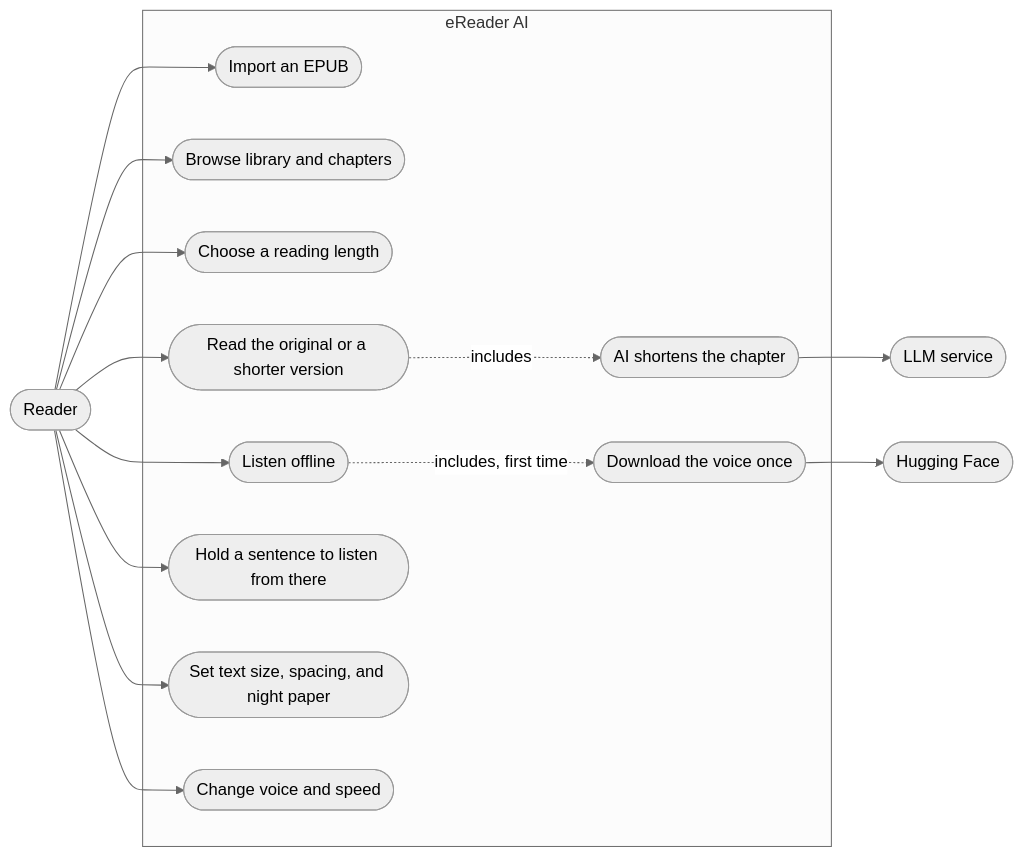
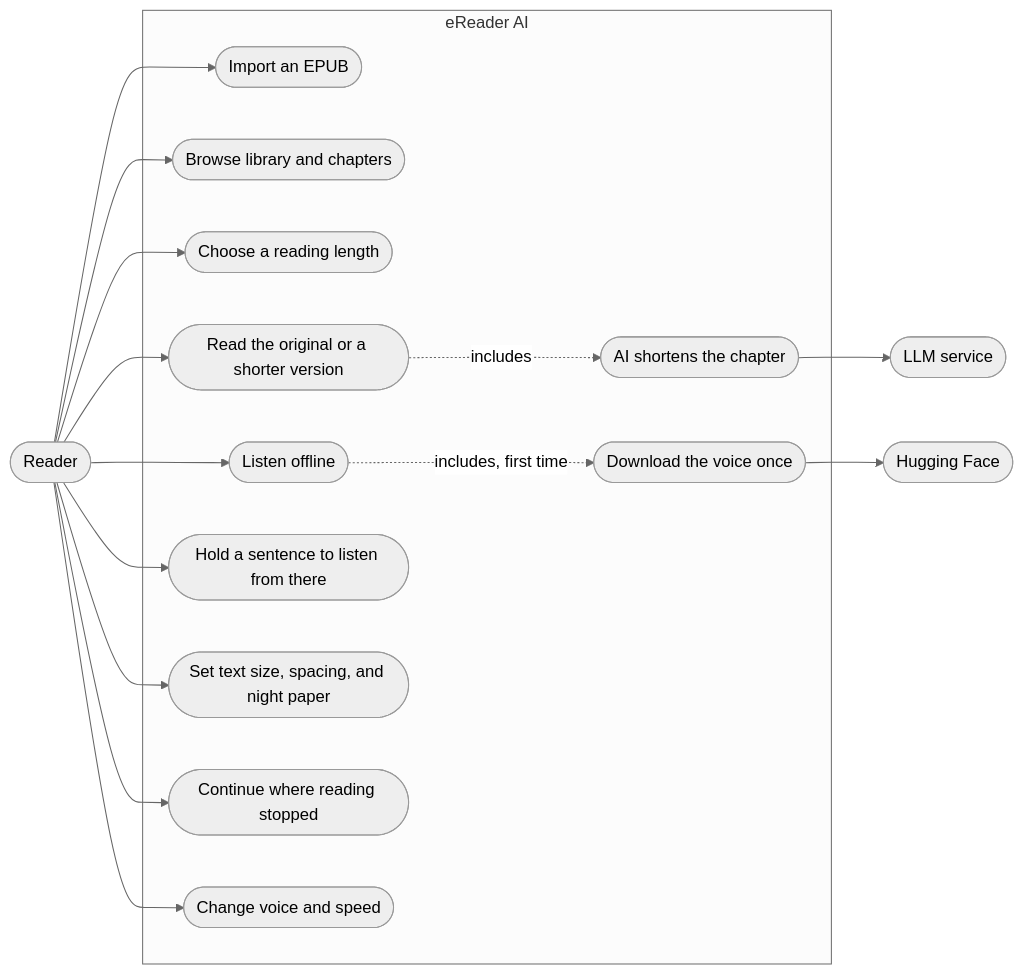
Before and after one commit to tinwritescode/ereader-ai: the first of 2 diagrams in README.md, drawn with Mermaid (neutral theme). The commit also changed other lines of this file and 17 other files, not shown here.

First line of the commit message:
Ask readers whether to continue where they stopped

````diff
--- a/README.md
+++ b/README.md
@@ -15,33 +15,35 @@
 ```mermaid
 flowchart LR
     reader(["Reader"])
     llm(["LLM service"])
     hf(["Hugging Face"])
 
     subgraph app["eReader AI"]
         import(["Import an EPUB"])
         browse(["Browse library and chapters"])
         length(["Choose a reading length"])
         read(["Read the original or a shorter version"])
         shorten(["AI shortens the chapter"])
         listen(["Listen offline"])
         pick(["Hold a sentence to listen from there"])
         look(["Set text size, spacing, and night paper"])
+        resume(["Continue where reading stopped"])
         download(["Download the voice once"])
         tune(["Change voice and speed"])
     end
 
     reader --> import
     reader --> browse
     reader --> length
     reader --> read
     reader --> listen
     reader --> pick
     reader --> look
+    reader --> resume
     reader --> tune
 
     read -. "includes" .-> shorten
     listen -. "includes, first time" .-> download
     shorten --> llm
     download --> hf
 ```
````
